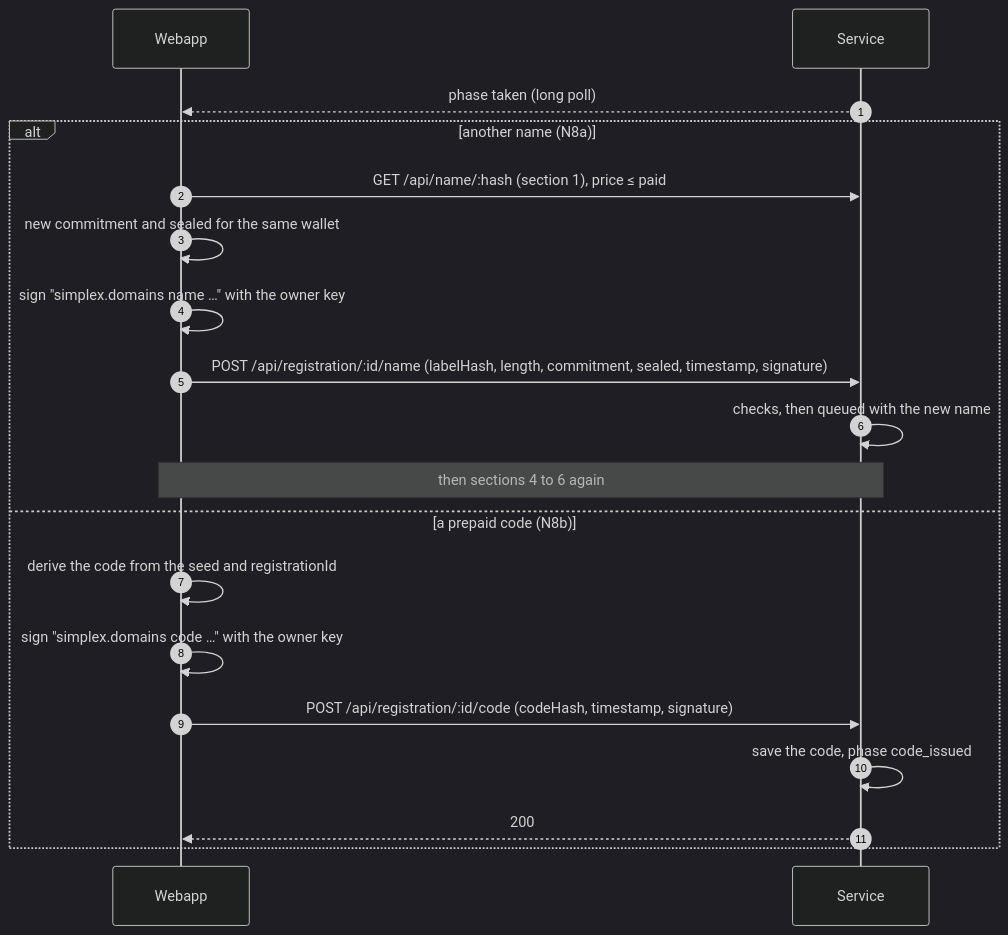
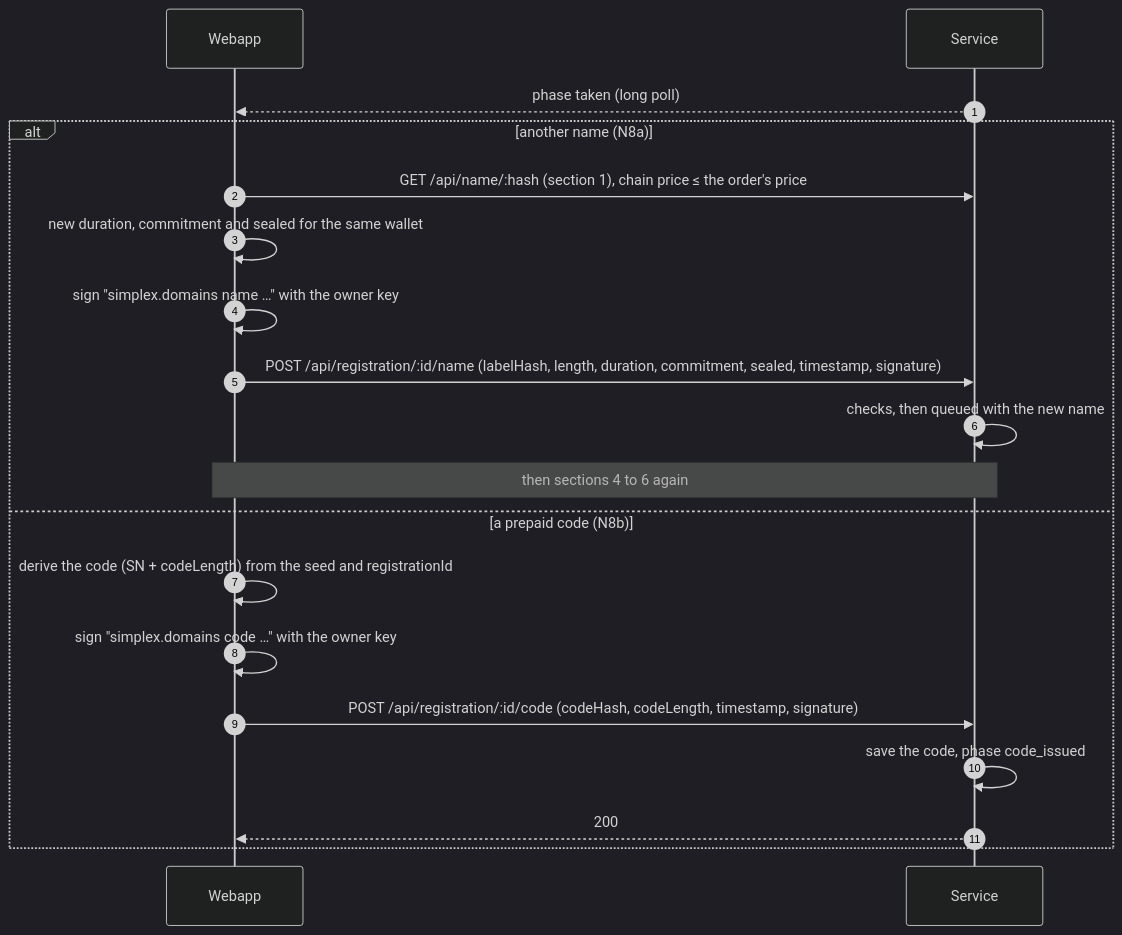
Diagram 13 of 20 in plans/names-codes/2026-10-13-names-sequence.md (simplex-chat/simplex-chat), drawn with Mermaid (dark theme) before and after one commit. The commit also changed other lines of this file and 2 other files, not shown here.

Commit message:
plans: names docs follow the store API

````diff
--- a/plans/names-codes/2026-10-13-names-sequence.md
+++ b/plans/names-codes/2026-10-13-names-sequence.md
@@ -478,21 +473,21 @@
 ```mermaid
 sequenceDiagram
   autonumber
   participant W as Webapp
   participant S as Service
   S-->>W: phase taken (long poll)
   alt another name (N8a)
-    W->>S: GET /api/name/:hash (section 1), price ≤ paid
-    W->>W: new commitment and sealed for the same wallet
+    W->>S: GET /api/name/:hash (section 1), chain price ≤ the order's price
+    W->>W: new duration, commitment and sealed for the same wallet
     W->>W: sign "simplex.domains name …" with the owner key
-    W->>S: POST /api/registration/:id/name (labelHash, length, commitment, sealed, timestamp, signature)
+    W->>S: POST /api/registration/:id/name (labelHash, length, duration, commitment, sealed, timestamp, signature)
     S->>S: checks, then queued with the new name
     Note over W,S: then sections 4 to 6 again
   else a prepaid code (N8b)
-    W->>W: derive the code from the seed and registrationId
+    W->>W: derive the code (SN + codeLength) from the seed and registrationId
     W->>W: sign "simplex.domains code …" with the owner key
-    W->>S: POST /api/registration/:id/code (codeHash, timestamp, signature)
+    W->>S: POST /api/registration/:id/code (codeHash, codeLength, timestamp, signature)
     S->>S: save the code, phase code_issued
     S-->>W: 200
   end
 ```
````
